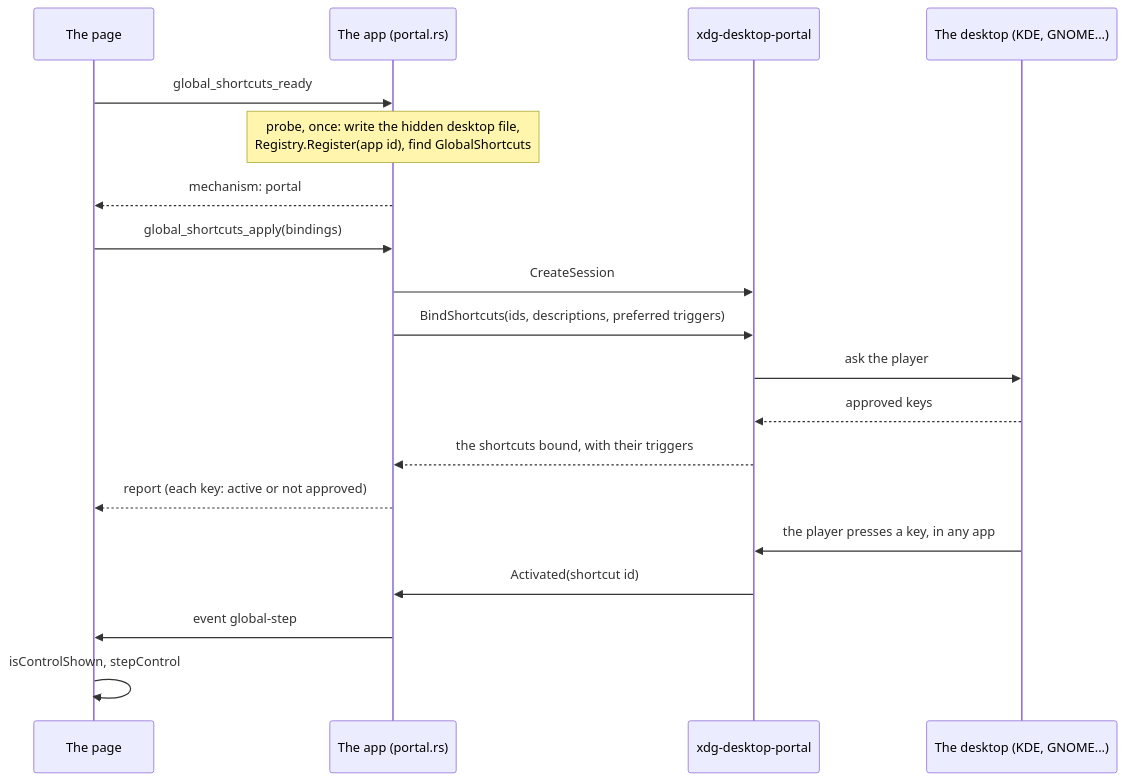
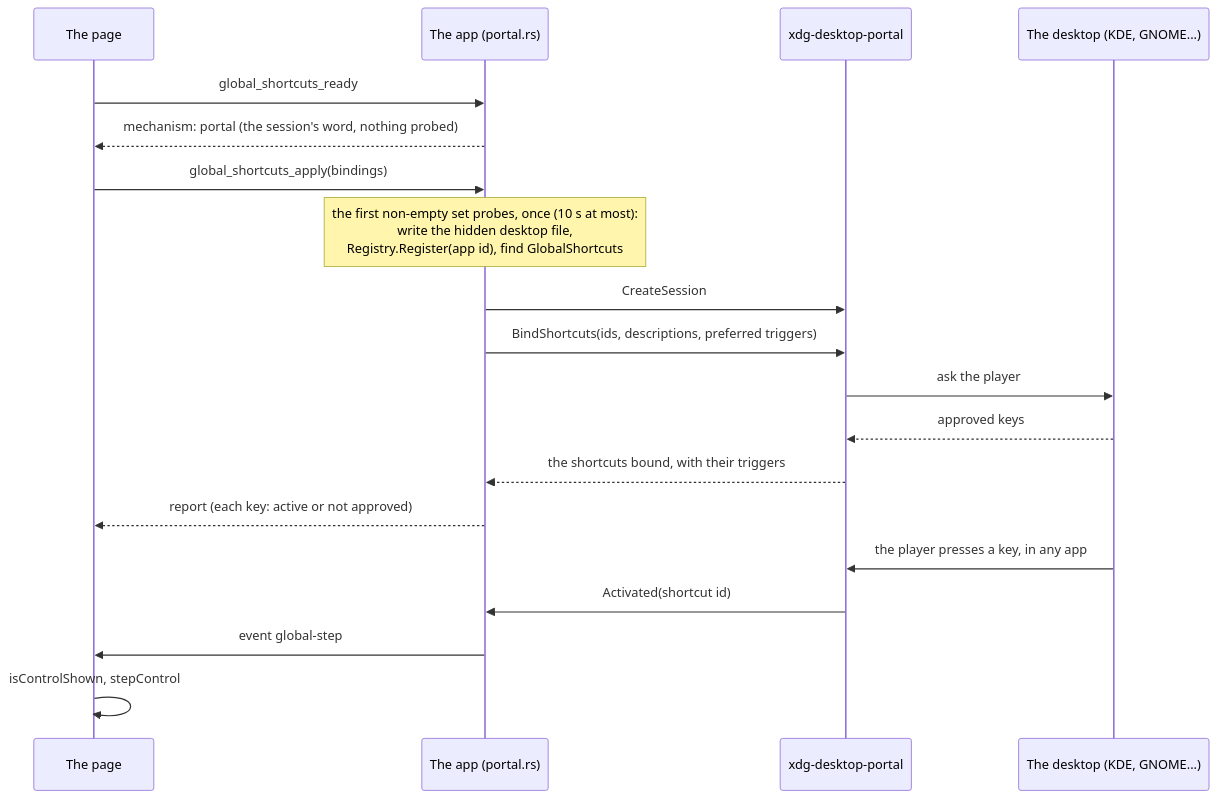
One commit to kqesar/alltp-tracker changed the fourth of 6 diagrams in docs/desktop.md. Above: the diagram before and after it, drawn with Mermaid. The commit also changed other lines of this file and 3 other files, not shown here.

First line of the commit message:
fix(desktop): touch nothing on Wayland until the first binding, and bound the probe

````diff
--- a/docs/desktop.md
+++ b/docs/desktop.md
@@ -158,21 +157,21 @@
 ```mermaid
 sequenceDiagram
   participant Page as The page
   participant App as The app (portal.rs)
   participant XDP as xdg-desktop-portal
   participant DE as The desktop (KDE, GNOME...)
   Page->>App: global_shortcuts_ready
-  Note over App: probe, once: write the hidden desktop file,<br/>Registry.Register(app id), find GlobalShortcuts
-  App-->>Page: mechanism: portal
+  App-->>Page: mechanism: portal (the session's word, nothing probed)
   Page->>App: global_shortcuts_apply(bindings)
+  Note over App: the first non-empty set probes, once (10 s at most):<br/>write the hidden desktop file,<br/>Registry.Register(app id), find GlobalShortcuts
   App->>XDP: CreateSession
   App->>XDP: BindShortcuts(ids, descriptions, preferred triggers)
   XDP->>DE: ask the player
   DE-->>XDP: approved keys
   XDP-->>App: the shortcuts bound, with their triggers
   App-->>Page: report (each key: active or not approved)
   DE->>XDP: the player presses a key, in any app
   XDP->>App: Activated(shortcut id)
   App->>Page: event global-step
   Page->>Page: isControlShown, stepControl
 ```
````
